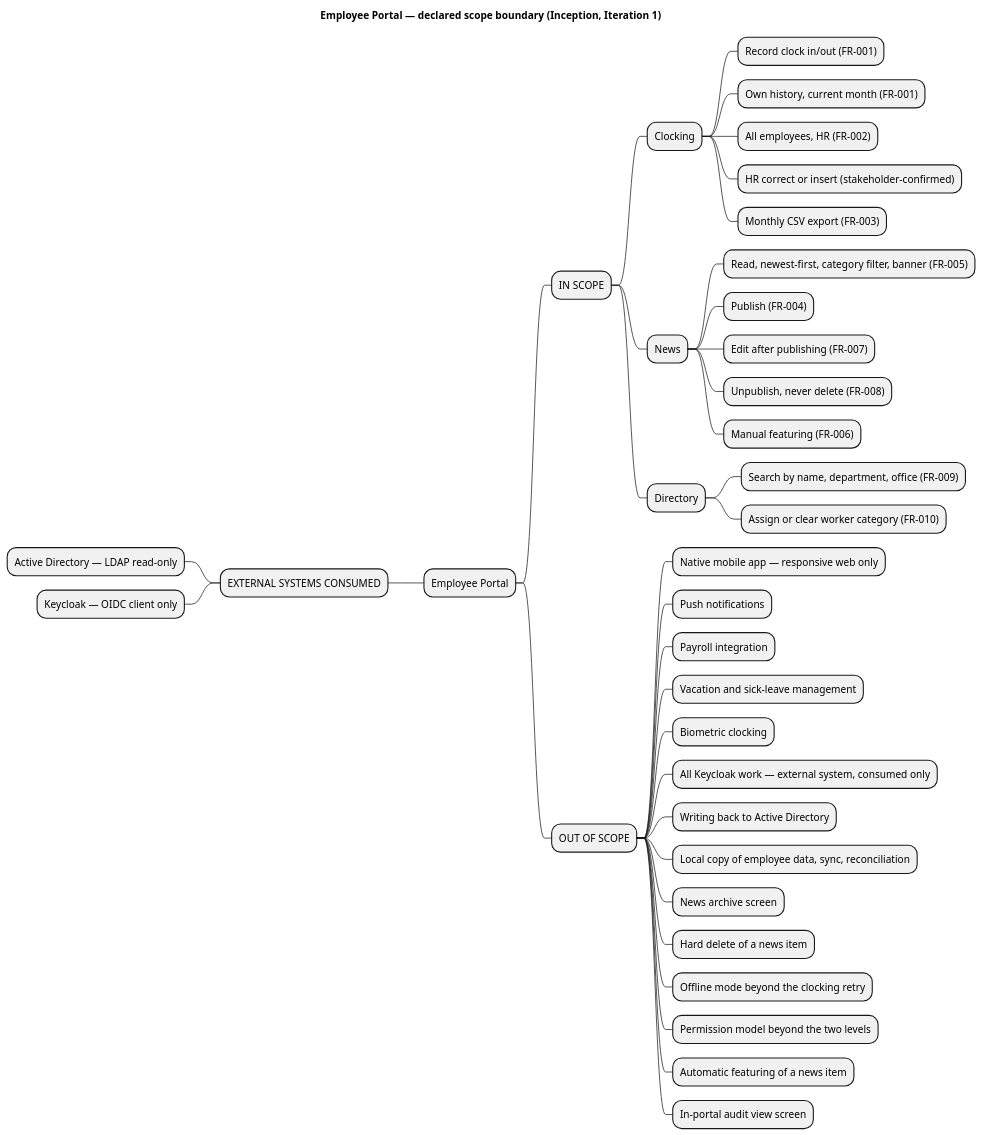
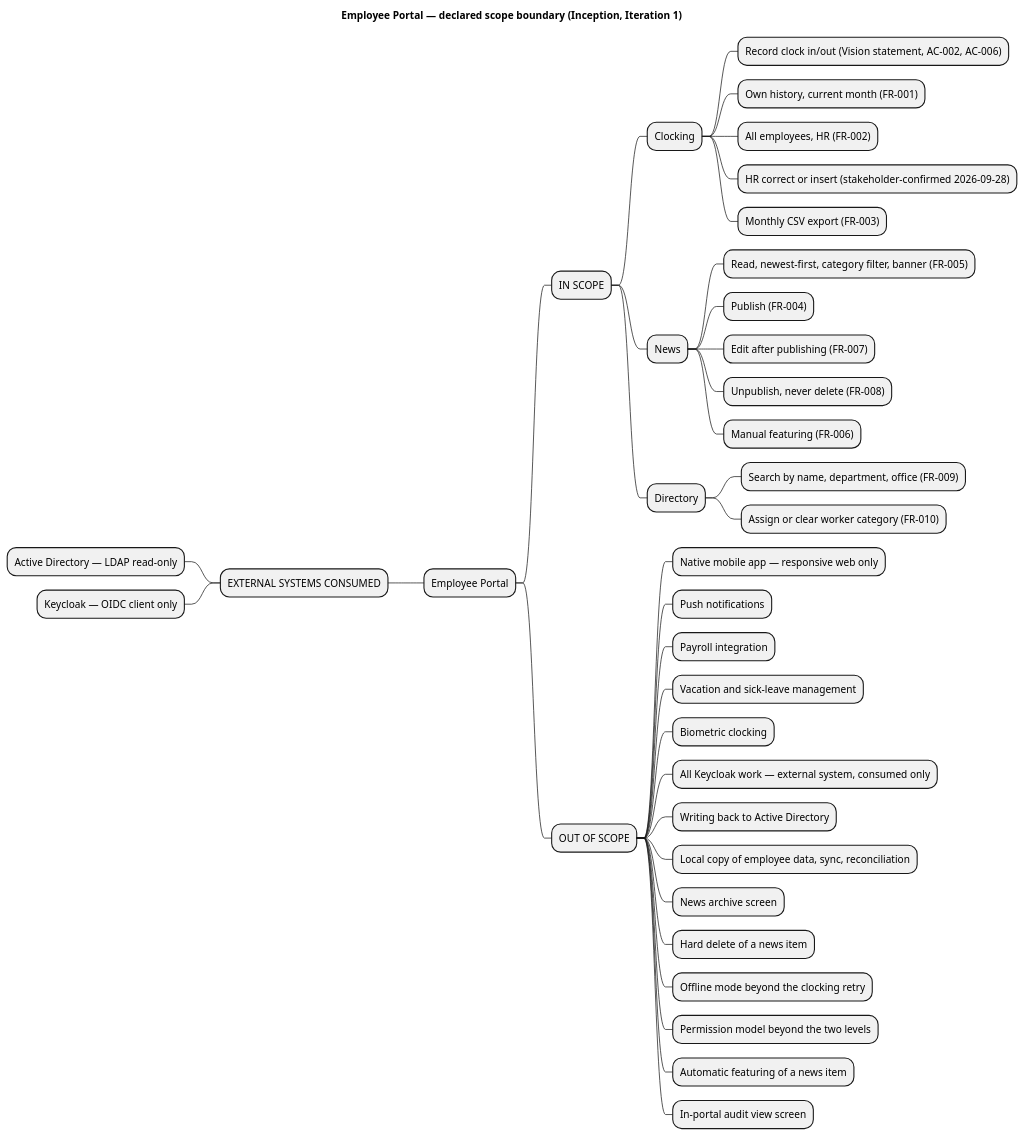
Before and after one commit to banense-test/employee-portal: the third of 3 diagrams in docs/artifacts/requirements/vision.md, drawn with PlantUML. The commit also changed other lines of this file, not shown here.

First line of the commit message:
System Analyst [I1]: upsert Vision

````diff
--- a/docs/artifacts/requirements/vision.md
+++ b/docs/artifacts/requirements/vision.md
@@ -156,41 +157,41 @@
 ```plantuml
 @startmindmap
 title Employee Portal — declared scope boundary (Inception, Iteration 1)
 * Employee Portal
 ** IN SCOPE
 *** Clocking
-**** Record clock in/out (FR-001)
+**** Record clock in/out (Vision statement, AC-002, AC-006)
 **** Own history, current month (FR-001)
 **** All employees, HR (FR-002)
-**** HR correct or insert (stakeholder-confirmed)
+**** HR correct or insert (stakeholder-confirmed 2026-09-28)
 **** Monthly CSV export (FR-003)
 *** News
 **** Read, newest-first, category filter, banner (FR-005)
 **** Publish (FR-004)
 **** Edit after publishing (FR-007)
 **** Unpublish, never delete (FR-008)
 **** Manual featuring (FR-006)
 *** Directory
 **** Search by name, department, office (FR-009)
 **** Assign or clear worker category (FR-010)
 ** OUT OF SCOPE
 *** Native mobile app — responsive web only
 *** Push notifications
 *** Payroll integration
 *** Vacation and sick-leave management
 *** Biometric clocking
 *** All Keycloak work — external system, consumed only
 *** Writing back to Active Directory
 *** Local copy of employee data, sync, reconciliation
 *** News archive screen
 *** Hard delete of a news item
 *** Offline mode beyond the clocking retry
 *** Permission model beyond the two levels
 *** Automatic featuring of a news item
 *** In-portal audit view screen
 left side
 ** EXTERNAL SYSTEMS CONSUMED
 *** Active Directory — LDAP read-only
 *** Keycloak — OIDC client only
 @endmindmap
 ```
````
